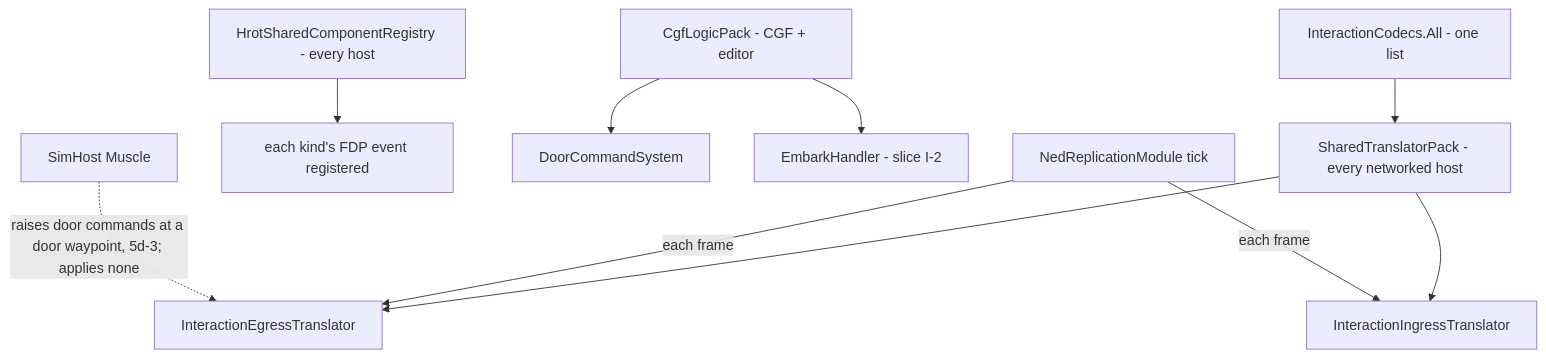
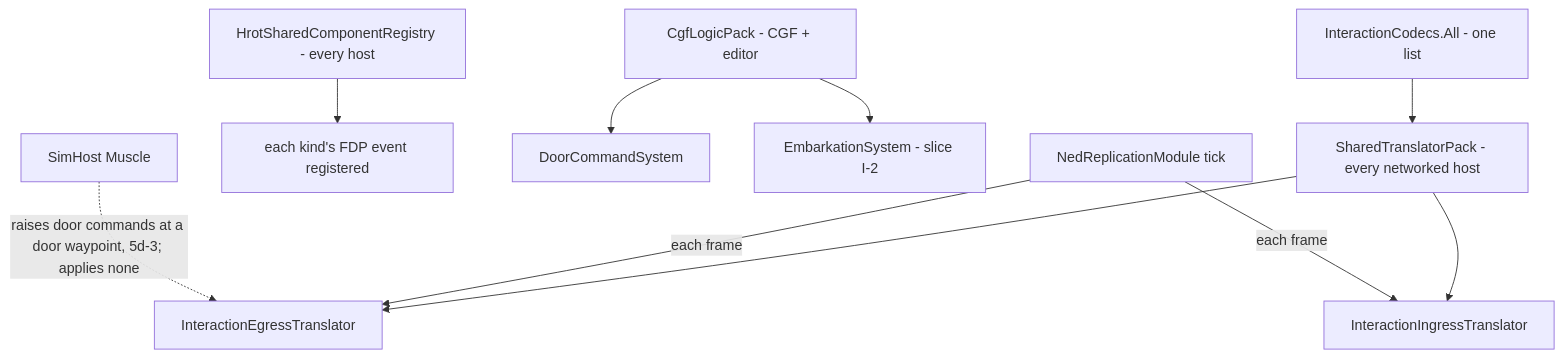
The third of 5 diagrams in docs/DESIGN_Entity_Interactions.md (pjanec/HROT), drawn with Mermaid before and after one commit. The commit also changed other lines of this file and 1 other file, not shown here.

First line of the commit message:
docs(CE-3109 I-2): embarkation - one applier, three callers

````diff
--- a/docs/DESIGN_Entity_Interactions.md
+++ b/docs/DESIGN_Entity_Interactions.md
@@ -95,12 +95,12 @@
 ```mermaid
 graph TD
     REG[InteractionCodecs.All - one list] --> STP[SharedTranslatorPack - every networked host]
     STP --> EG[InteractionEgressTranslator]
     STP --> IN[InteractionIngressTranslator]
     HSR[HrotSharedComponentRegistry - every host] --> EV[each kind's FDP event registered]
     CGF[CgfLogicPack - CGF + editor] --> DCS[DoorCommandSystem]
-    CGF --> EMB[EmbarkHandler - slice I-2]
+    CGF --> EMB[EmbarkationSystem - slice I-2]
     NED[NedReplicationModule tick] -->|each frame| EG
     NED -->|each frame| IN
     SIM[SimHost Muscle] -.->|raises door commands at a door waypoint, 5d-3; applies none| EG
 ```
````
